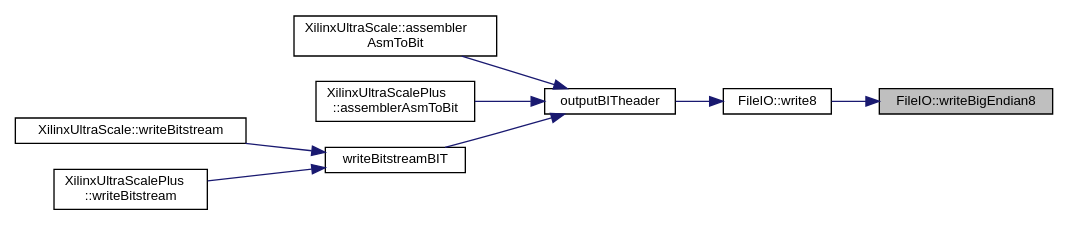
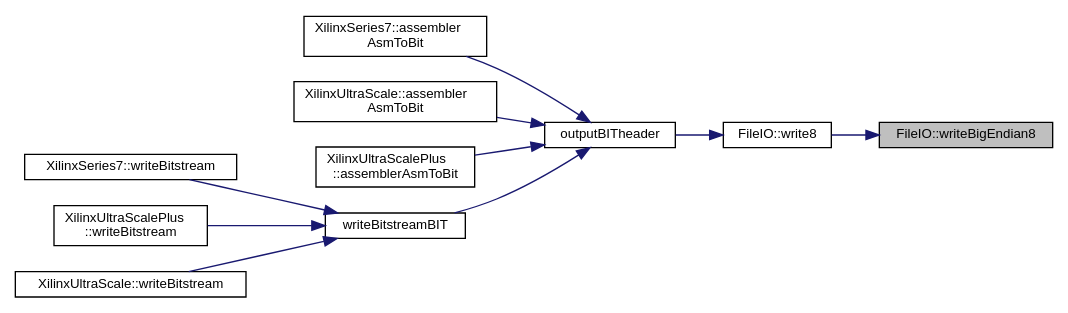
One commit to FPGA-Research-Manchester/byteman changed the diagram in namespaceFileIO_ace27e8bf091c04daa573cf803e609311_icgraph.dot. Above: the diagram before and after it, drawn with Graphviz. The commit also changed 2360 other files, not shown here.

```diff
--- a/namespaceFileIO_ace27e8bf091c04daa573cf803e609311_icgraph.dot
+++ b/namespaceFileIO_ace27e8bf091c04daa573cf803e609311_icgraph.dot
@@ -1,23 +1,27 @@
 digraph "FileIO::writeBigEndian8"
 {
  // INTERACTIVE_SVG=YES
  // LATEX_PDF_SIZE
   edge [fontname="Helvetica",fontsize="10",labelfontname="Helvetica",labelfontsize="10"];
   node [fontname="Helvetica",fontsize="10",shape=record];
   rankdir="RL";
   Node1 [label="FileIO::writeBigEndian8",height=0.2,width=0.4,color="black", fillcolor="grey75", style="filled", fontcolor="black",tooltip=" "];
   Node1 -> Node2 [dir="back",color="midnightblue",fontsize="10",style="solid",fontname="Helvetica"];
   Node2 [label="FileIO::write8",height=0.2,width=0.4,color="black", fillcolor="white", style="filled",URL="$namespaceFileIO.html#add682aedd139b75be682127cf68ab49d",tooltip=" "];
   Node2 -> Node3 [dir="back",color="midnightblue",fontsize="10",style="solid",fontname="Helvetica"];
-  Node3 [label="outputBITheader",height=0.2,width=0.4,color="black", fillcolor="white", style="filled",URL="$XCAP__inline__Output_8h.html#a91979dffab085f36666aabd8b3b62934",tooltip=" "];
+  Node3 [label="outputBITheader",height=0.2,width=0.4,color="black", fillcolor="white", style="filled",URL="$inlineOutput_8h.html#a91979dffab085f36666aabd8b3b62934",tooltip=" "];
   Node3 -> Node4 [dir="back",color="midnightblue",fontsize="10",style="solid",fontname="Helvetica"];
-  Node4 [label="XilinxUltraScale::assembler\lAsmToBit",height=0.2,width=0.4,color="black", fillcolor="white", style="filled",URL="$classXilinxUltraScale.html#ae59064108c5ceddce061542356c05a41",tooltip=" "];
+  Node4 [label="XilinxSeries7::assembler\lAsmToBit",height=0.2,width=0.4,color="black", fillcolor="white", style="filled",URL="$classXilinxSeries7.html#a639a90ea02209c56a78ca7748265e842",tooltip=" "];
   Node3 -> Node5 [dir="back",color="midnightblue",fontsize="10",style="solid",fontname="Helvetica"];
-  Node5 [label="XilinxUltraScalePlus\l::assemblerAsmToBit",height=0.2,width=0.4,color="black", fillcolor="white", style="filled",URL="$classXilinxUltraScalePlus.html#a058802c627c4177c6fd88ca079551207",tooltip=" "];
+  Node5 [label="XilinxUltraScale::assembler\lAsmToBit",height=0.2,width=0.4,color="black", fillcolor="white", style="filled",URL="$classXilinxUltraScale.html#ae59064108c5ceddce061542356c05a41",tooltip=" "];
   Node3 -> Node6 [dir="back",color="midnightblue",fontsize="10",style="solid",fontname="Helvetica"];
-  Node6 [label="writeBitstreamBIT",height=0.2,width=0.4,color="black", fillcolor="white", style="filled",URL="$XCAP__inline__Output_8h.html#a7fb90fced1a719d94263f1c2e812ddb7",tooltip=" "];
-  Node6 -> Node7 [dir="back",color="midnightblue",fontsize="10",style="solid",fontname="Helvetica"];
-  Node7 [label="XilinxUltraScale::writeBitstream",height=0.2,width=0.4,color="black", fillcolor="white", style="filled",URL="$classXilinxUltraScale.html#ae7bdd2bbb29cb3ef06c611605d997287",tooltip=" "];
-  Node6 -> Node8 [dir="back",color="midnightblue",fontsize="10",style="solid",fontname="Helvetica"];
-  Node8 [label="XilinxUltraScalePlus\l::writeBitstream",height=0.2,width=0.4,color="black", fillcolor="white", style="filled",URL="$classXilinxUltraScalePlus.html#a7f2a7c34766d004adc6f1cfe1bdd62e7",tooltip=" "];
+  Node6 [label="XilinxUltraScalePlus\l::assemblerAsmToBit",height=0.2,width=0.4,color="black", fillcolor="white", style="filled",URL="$classXilinxUltraScalePlus.html#a058802c627c4177c6fd88ca079551207",tooltip=" "];
+  Node3 -> Node7 [dir="back",color="midnightblue",fontsize="10",style="solid",fontname="Helvetica"];
+  Node7 [label="writeBitstreamBIT",height=0.2,width=0.4,color="black", fillcolor="white", style="filled",URL="$inlineOutput_8h.html#a7fb90fced1a719d94263f1c2e812ddb7",tooltip=" "];
+  Node7 -> Node8 [dir="back",color="midnightblue",fontsize="10",style="solid",fontname="Helvetica"];
+  Node8 [label="XilinxSeries7::writeBitstream",height=0.2,width=0.4,color="black", fillcolor="white", style="filled",URL="$classXilinxSeries7.html#a57013b15c1c846d96d7732ad5c0e0201",tooltip=" "];
+  Node7 -> Node9 [dir="back",color="midnightblue",fontsize="10",style="solid",fontname="Helvetica"];
+  Node9 [label="XilinxUltraScalePlus\l::writeBitstream",height=0.2,width=0.4,color="black", fillcolor="white", style="filled",URL="$classXilinxUltraScalePlus.html#a7f2a7c34766d004adc6f1cfe1bdd62e7",tooltip=" "];
+  Node7 -> Node10 [dir="back",color="midnightblue",fontsize="10",style="solid",fontname="Helvetica"];
+  Node10 [label="XilinxUltraScale::writeBitstream",height=0.2,width=0.4,color="black", fillcolor="white", style="filled",URL="$classXilinxUltraScale.html#ae7bdd2bbb29cb3ef06c611605d997287",tooltip=" "];
 }
```
